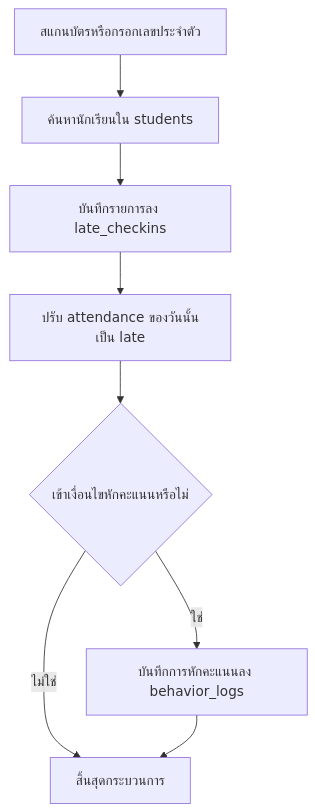
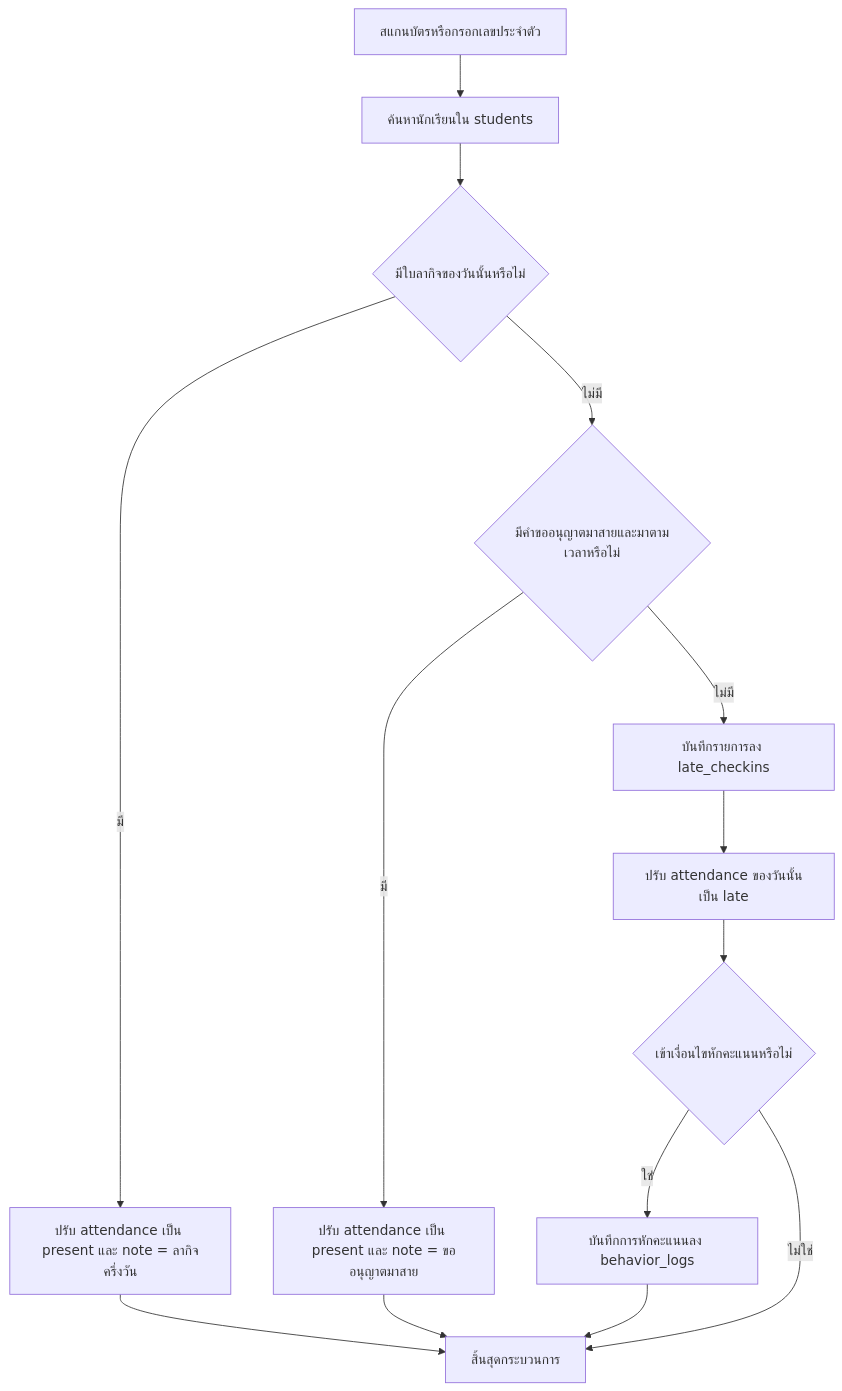
One commit to cboontact/doitg2026 changed the eighth of 23 diagrams in README.md. Above: the diagram before and after it, drawn with Mermaid. The commit also changed other lines of this file, not shown here.

````diff
--- a/README.md
+++ b/README.md
@@ -896,10 +960,16 @@
 ```mermaid
 flowchart TD
     A["สแกนบัตรหรือกรอกเลขประจำตัว"] --> B["ค้นหานักเรียนใน students"]
-    B --> C["บันทึกรายการลง late_checkins"]
-    C --> D["ปรับ attendance ของวันนั้นเป็น late"]
-    D --> E{"เข้าเงื่อนไขหักคะแนนหรือไม่"}
-    E -->|ใช่| F["บันทึกการหักคะแนนลง behavior_logs"]
-    E -->|ไม่ใช่| G["สิ้นสุดกระบวนการ"]
-    F --> G
+    B --> C{"มีใบลากิจของวันนั้นหรือไม่"}
+    C -->|มี| D["ปรับ attendance เป็น present และ note = ลากิจครึ่งวัน"]
+    C -->|ไม่มี| E{"มีคำขออนุญาตมาสายและมาตามเวลาหรือไม่"}
+    E -->|มี| F["ปรับ attendance เป็น present และ note = ขออนุญาตมาสาย"]
+    E -->|ไม่มี| G["บันทึกรายการลง late_checkins"]
+    G --> H["ปรับ attendance ของวันนั้นเป็น late"]
+    H --> I{"เข้าเงื่อนไขหักคะแนนหรือไม่"}
+    I -->|ใช่| J["บันทึกการหักคะแนนลง behavior_logs"]
+    I -->|ไม่ใช่| K["สิ้นสุดกระบวนการ"]
+    D --> K
+    F --> K
+    J --> K
 ```
````
